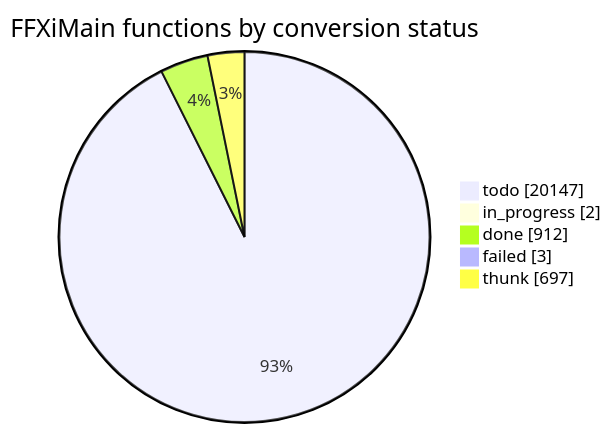
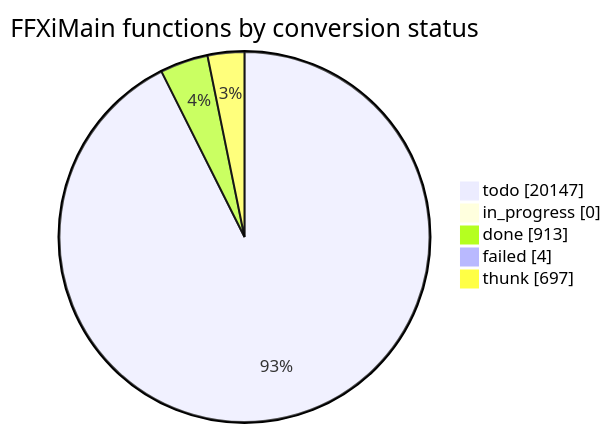
The diagram in docs/cow/STATUS.md (cowrevenge/cow_kuluu_xi_anything), drawn with Mermaid before and after one commit. The commit also changed other lines of this file and 9 other files, not shown here.

````diff
--- a/docs/cow/STATUS.md
+++ b/docs/cow/STATUS.md
@@ -18,9 +18,9 @@
 ```mermaid
 pie showData
     title FFXiMain functions by conversion status
     "todo" : 20147
-    "in_progress" : 2
-    "done" : 912
-    "failed" : 3
+    "in_progress" : 0
+    "done" : 913
+    "failed" : 4
     "thunk" : 697
 ```
````
